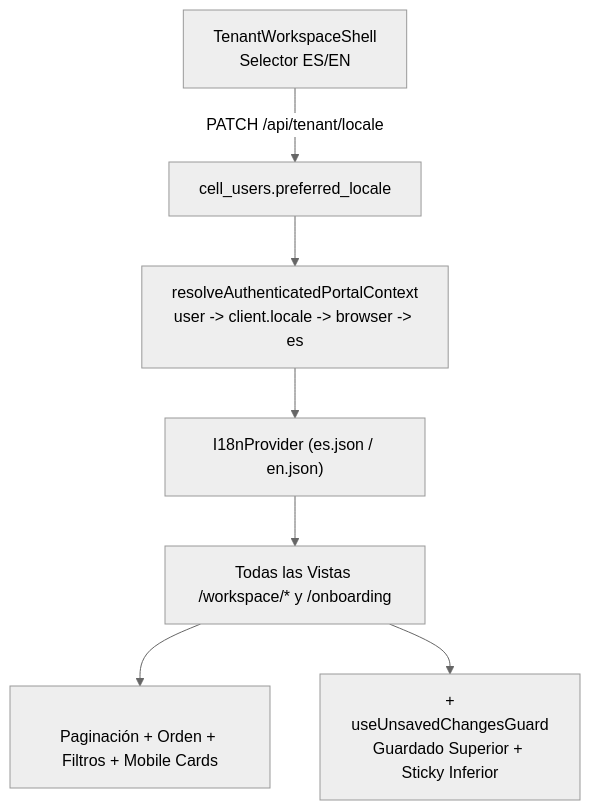
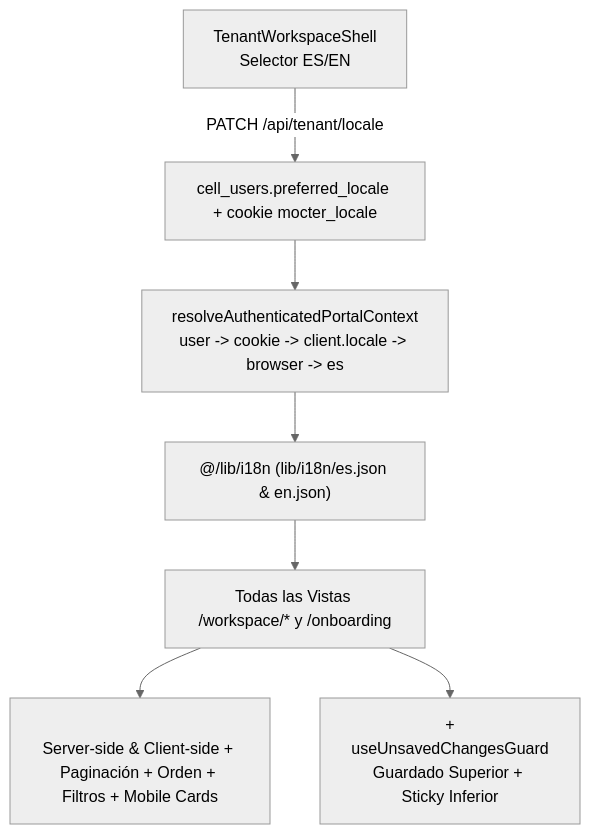
The diagram in docs/specs/spec-17-reglas-transversales-ui-i18n-tablas-guardado/design.md (EnuarRosales/landig-agencia), drawn with Mermaid (neutral theme) before and after one commit. The commit also changed other lines of this file and 74 other files, not shown here.

````diff
--- a/docs/specs/spec-17-reglas-transversales-ui-i18n-tablas-guardado/design.md
+++ b/docs/specs/spec-17-reglas-transversales-ui-i18n-tablas-guardado/design.md
@@ -5,9 +5,9 @@
 ```mermaid
 flowchart TD
-    Shell["TenantWorkspaceShell<br/>Selector ES/EN"] -->|PATCH /api/tenant/locale| UserPref["cell_users.preferred_locale"]
-    UserPref --> Resolver["resolveAuthenticatedPortalContext<br/>user -> client.locale -> browser -> es"]
-    Resolver --> I18nCtx["I18nProvider (es.json / en.json)"]
+    Shell["TenantWorkspaceShell<br/>Selector ES/EN"] -->|PATCH /api/tenant/locale| UserPref["cell_users.preferred_locale + cookie mocter_locale"]
+    UserPref --> Resolver["resolveAuthenticatedPortalContext<br/>user -> cookie -> client.locale -> browser -> es"]
+    Resolver --> I18nCtx["@/lib/i18n (lib/i18n/es.json & en.json)"]
     I18nCtx --> Views["Todas las Vistas /workspace/* y /onboarding"]
-    Views --> Table["<WorkspaceDataTable /><br/>Paginación + Orden + Filtros + Mobile Cards"]
+    Views --> Table["<WorkspaceDataTable /><br/>Server-side & Client-side + Paginación + Orden + Filtros + Mobile Cards"]
     Views --> SaveBar["<FormSaveBar /> + useUnsavedChangesGuard<br/>Guardado Superior + Sticky Inferior"]
 ```
````
